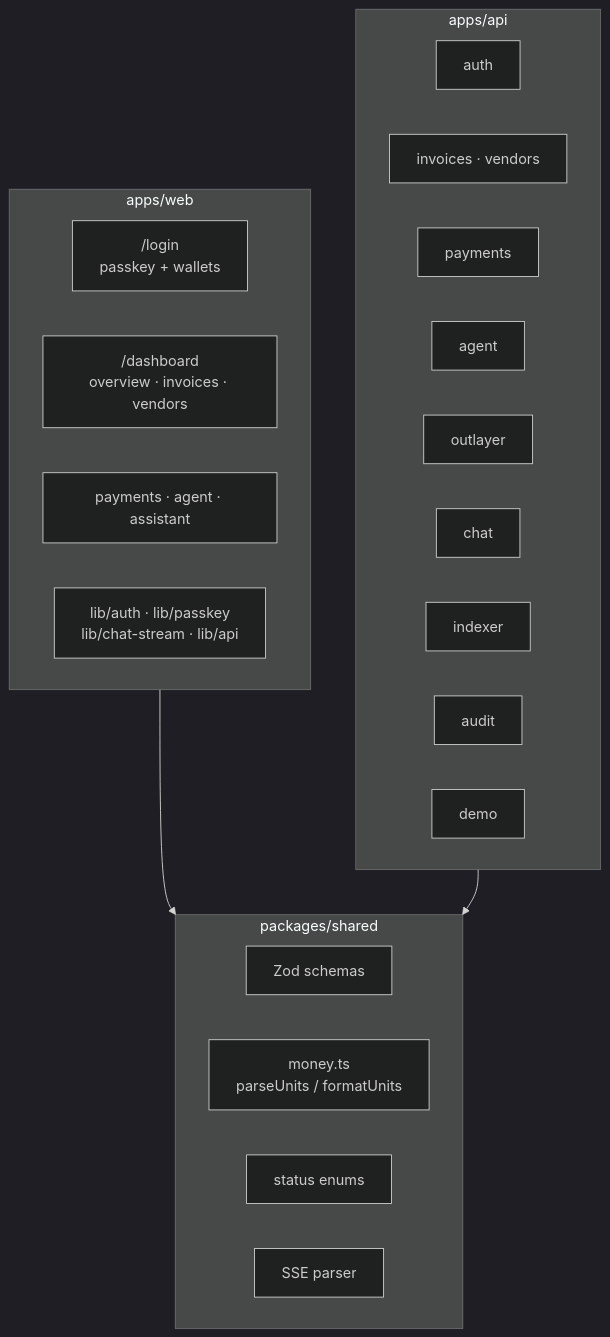
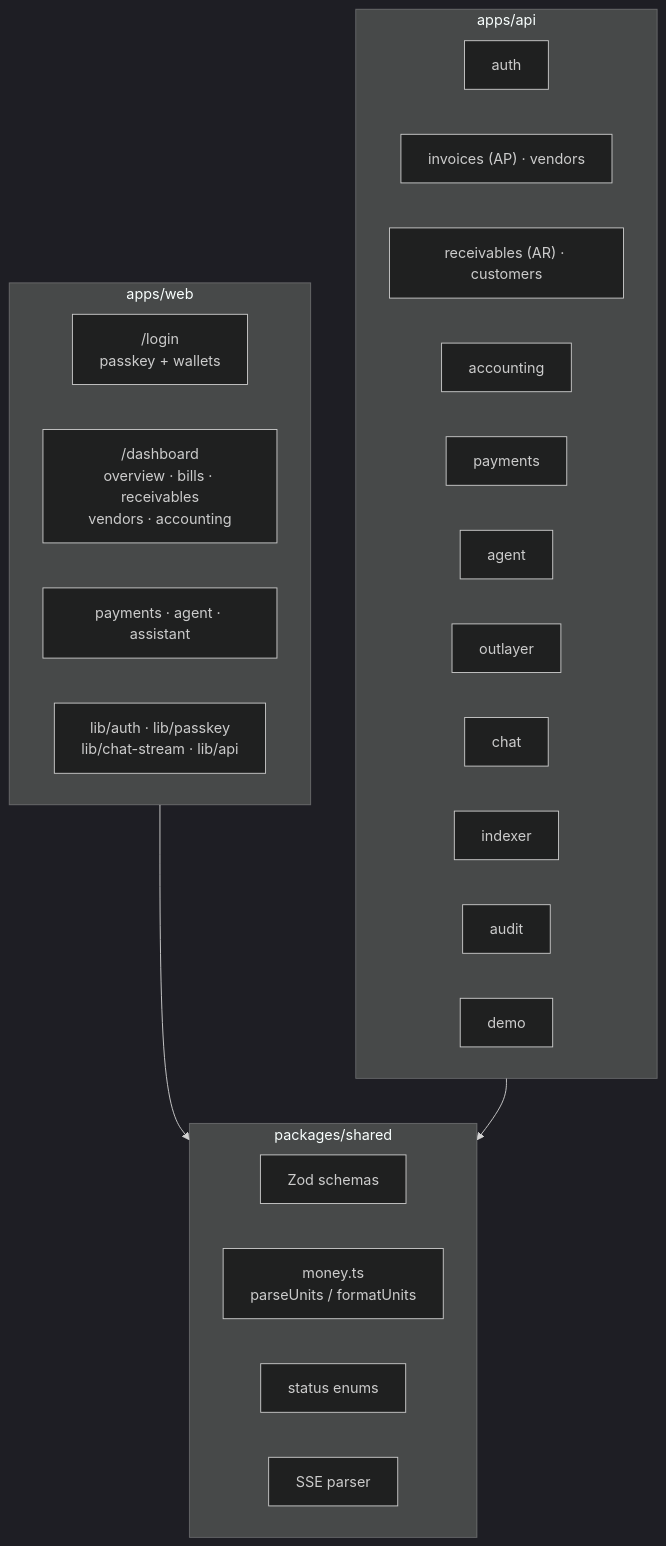
Before and after one commit to cryingraven/keiz-platform: the second of 15 diagrams in docs/architecture.md, drawn with Mermaid (dark theme). The commit also changed other lines of this file and 64 other files, not shown here.

````diff
--- a/docs/architecture.md
+++ b/docs/architecture.md
@@ -80,31 +86,33 @@
 ```mermaid
 flowchart TB
   subgraph Web["apps/web"]
     Login["/login<br/>passkey + wallets"]
-    Dash["/dashboard<br/>overview · invoices · vendors"]
+    Dash["/dashboard<br/>overview · bills · receivables<br/>vendors · accounting"]
     PayUI["payments · agent · assistant"]
     Lib["lib/auth · lib/passkey<br/>lib/chat-stream · lib/api"]
   end
 
   subgraph Shared["packages/shared"]
     Schemas["Zod schemas"]
     Money["money.ts<br/>parseUnits / formatUnits"]
     Status["status enums"]
     SSE["SSE parser"]
   end
 
   subgraph Api["apps/api"]
     Auth["auth"]
-    Inv["invoices · vendors"]
+    Inv["invoices (AP) · vendors"]
+    AR["receivables (AR) · customers"]
+    Books["accounting"]
     Payments["payments"]
     Agent["agent"]
     Outlayer["outlayer"]
     Chat["chat"]
     Indexer["indexer"]
     Audit["audit"]
     Demo["demo"]
   end
 
   Web --> Shared
   Api --> Shared
 ```
````
